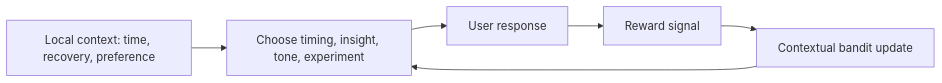
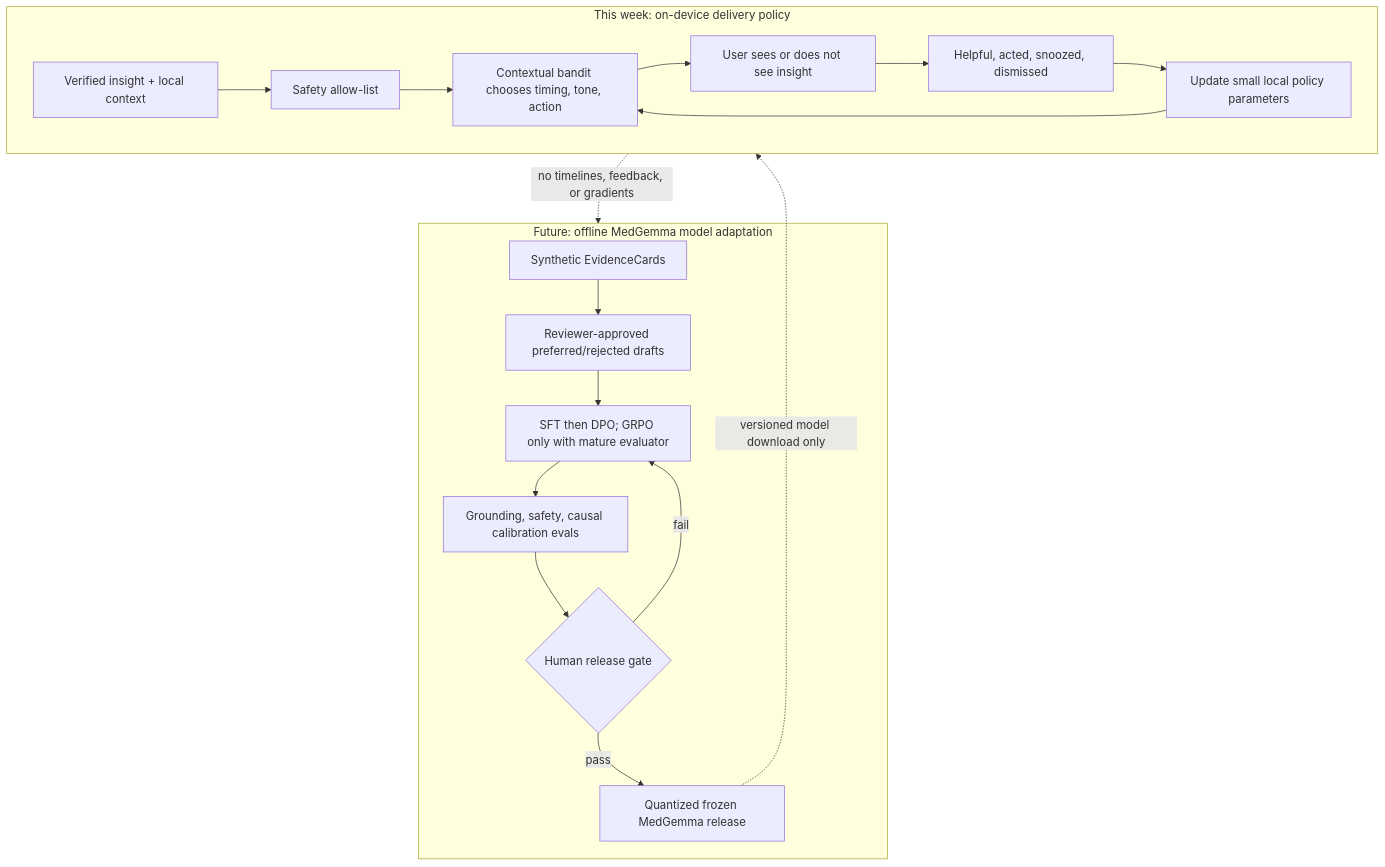
One commit to crixalis17/vueniverse changed the seventh of 8 diagrams in HEALTH_OS_HACKATHON_PLAN.md. Above: the diagram before and after it, drawn with Mermaid. The commit also changed other lines of this file and 85 other files, not shown here.

````diff
--- a/HEALTH_OS_HACKATHON_PLAN.md
+++ b/HEALTH_OS_HACKATHON_PLAN.md
@@ -390,8 +920,23 @@
 ```mermaid
-flowchart LR
-    C[Local context: time, recovery, preference] --> A[Choose timing, insight, tone, experiment]
-    A --> U[User response]
-    U --> R[Reward signal]
-    R --> B[Contextual bandit update]
-    B --> A
+flowchart TB
+    subgraph PHONE[This week: on-device delivery policy]
+        E[Verified insight + local context] --> G[Safety allow-list]
+        G --> B[Contextual bandit chooses timing, tone, action]
+        B --> U[User sees or does not see insight]
+        U --> F[Helpful, acted, snoozed, dismissed]
+        F --> P[Update small local policy parameters]
+        P --> B
+    end
+
+    subgraph LAB[Future: offline MedGemma model adaptation]
+        S[Synthetic EvidenceCards] --> R[Reviewer-approved preferred/rejected drafts]
+        R --> T[SFT then DPO; GRPO only with mature evaluator]
+        T --> Q[Grounding, safety, causal calibration evals]
+        Q --> H{Human release gate}
+        H -->|pass| M[Quantized frozen MedGemma release]
+        H -->|fail| T
+    end
+
+    M -. versioned model download only .-> PHONE
+    PHONE -. no timelines, feedback, or gradients .-> LAB
 ```
````
